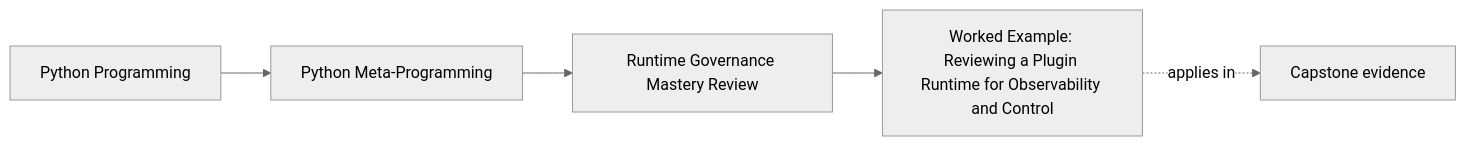
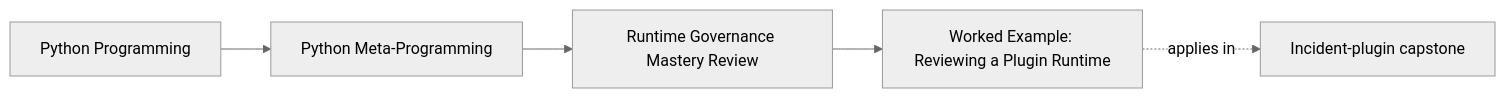
Before and after one commit to bijux/bijux-masterclass: the first of 3 diagrams in programs/python-programming/python-meta-programming/course-book/module-10-runtime-governance-mastery-review/worked-example-reviewing-a-plugin-runtime-for-observability-and-control.md, drawn with Mermaid (neutral theme). The commit also changed other lines of this file, not shown here.

Commit message:
docs(meta-course): guide the capstone governance audit

````diff
--- a/programs/python-programming/python-meta-programming/course-book/module-10-runtime-governance-mastery-review/worked-example-reviewing-a-plugin-runtime-for-observability-and-control.md
+++ b/programs/python-programming/python-meta-programming/course-book/module-10-runtime-governance-mastery-review/worked-example-reviewing-a-plugin-runtime-for-observability-and-control.md
@@ -7,11 +6,11 @@
 ```mermaid
 graph LR
   family["Python Programming"]
   program["Python Meta-Programming"]
   section["Runtime Governance Mastery Review"]
-  page["Worked Example: Reviewing a Plugin Runtime for Observability and Control"]
-  capstone["Capstone evidence"]
+  page["Worked Example: Reviewing a Plugin Runtime"]
+  capstone["Incident-plugin capstone"]
 
   family --> program --> section --> page
   page -.applies in.-> capstone
 ```
````
